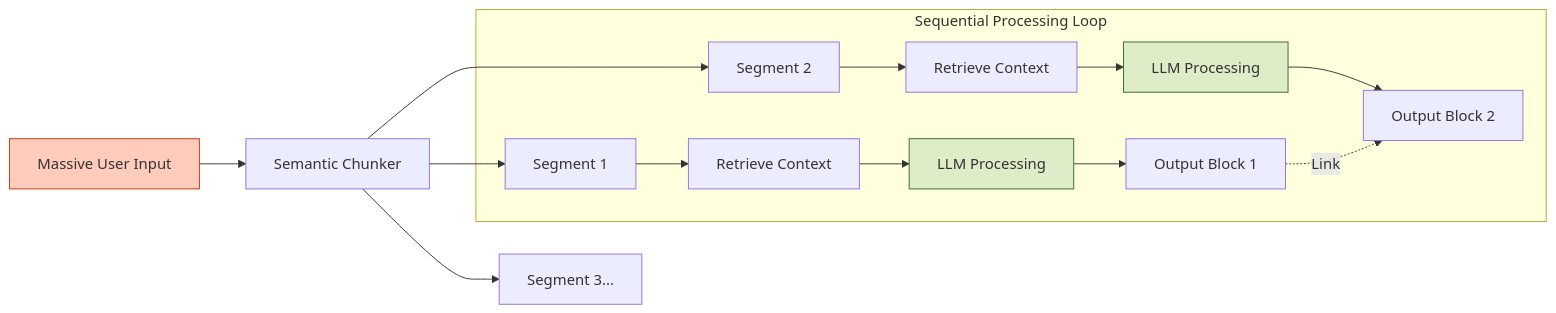
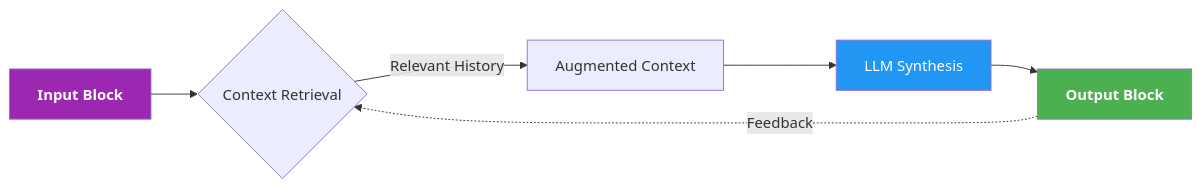
Before and after one commit to EddCBen/cascade-context-protocol: the fourth of 5 diagrams in README.md, drawn with Mermaid. The commit also changed other lines of this file and 17 other files, not shown here.

````diff
--- a/README.md
+++ b/README.md
@@ -97,23 +104,13 @@
 ```mermaid
 flowchart LR
-    Input["Massive User Input"] --> Chunker["Semantic Chunker"]
-    Chunker --> Seg1["Segment 1"]
-    Chunker --> Seg2["Segment 2"]
-    Chunker --> Seg3["Segment 3..."]
-
-    subgraph "Sequential Processing Loop"
-        Seg1 --> Ret1["Retrieve Context"]
-        Ret1 --> LLM1["LLM Processing"]
-        LLM1 --> Out1["Output Block 1"]
-        
-        Seg2 --> Ret2["Retrieve Context"]
-        Ret2 --> LLM2["LLM Processing"]
-        LLM2 --> Out2["Output Block 2"]
-        
-        Out1 -.->|Link| Out2
-    end
+    Input[<b>Input Block</b>] --> Retrieve{Context Retrieval}
+    Retrieve -->|Relevant History| Context[Augmented Context]
+    Context --> LLM[LLM Synthesis]
+    LLM --> Output[<b>Output Block</b>]
     
-    style Input fill:#ffccbc,stroke:#bf360c
-    style LLM1 fill:#dcedc8,stroke:#33691e
-    style LLM2 fill:#dcedc8,stroke:#33691e
+    Output -.->|Feedback| Retrieve
+    
+    style Input fill:#9c27b0,color:white
+    style Output fill:#4caf50,color:white
+    style LLM fill:#2196f3,color:white
 ```
````
